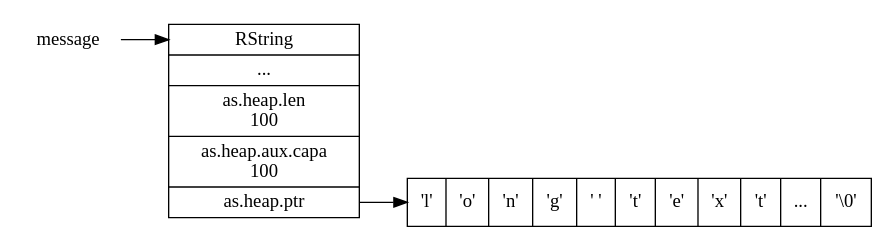
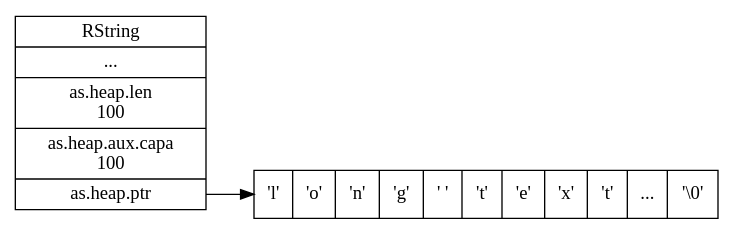
One commit to huangzworks/note changed the second of 3 diagrams in language/mruby-code-analysis/string.rst. Above: the diagram before and after it, drawn with Graphviz. The commit also changed other lines of this file, not shown here.

Commit message:
移除不定长示例图片里面的变量名字

```diff
--- a/language/mruby-code-analysis/string.rst
+++ b/language/mruby-code-analysis/string.rst
@@ -311,21 +311,16 @@
 .. graphviz::
 
     digraph {
 
         rankdir = LR;
-
-        node [shape = plaintext]
-
-        message;
 
         node [shape = record]
 
         RString [label = " <head> RString | ... | as.heap.len \n 100 | as.heap.aux.capa \n 100 | <ptr> as.heap.ptr "];
 
         buffer [label = " { 'l' | 'o' | 'n' | 'g' | ' ' | 't' | 'e' | 'x' | 't' | ... | '\\0' } "];
 
         //
 
-        message -> RString:head;
         RString:ptr -> buffer;
     }
```
